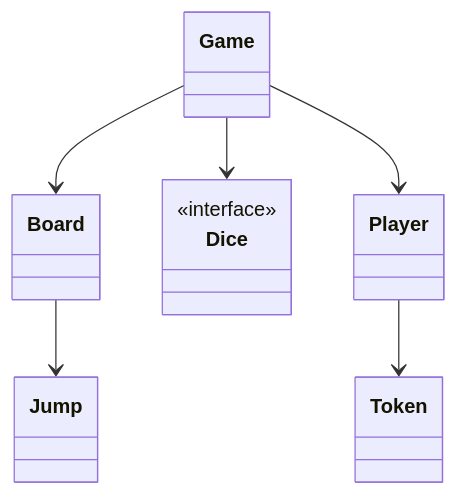
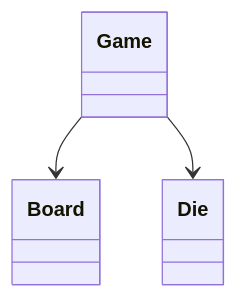
Before and after one commit to Anilinfo2015/anilinfo2015.github.io: the diagram in low-level-design/snake-and-ladder.md, drawn with Mermaid. The commit also changed other lines of this file and 58 other files, not shown here.

````diff
--- a/low-level-design/snake-and-ladder.md
+++ b/low-level-design/snake-and-ladder.md
@@ -62,16 +25,8 @@
 ```mermaid
 classDiagram
     class Game
     class Board
-    class Jump
-    class Dice {
-        <<interface>>
-    }
-    class Player
-    class Token
+    class Die
     Game --> Board
-    Game --> Dice
-    Game --> Player
-    Player --> Token
-    Board --> Jump
+    Game --> Die
 ```
````
